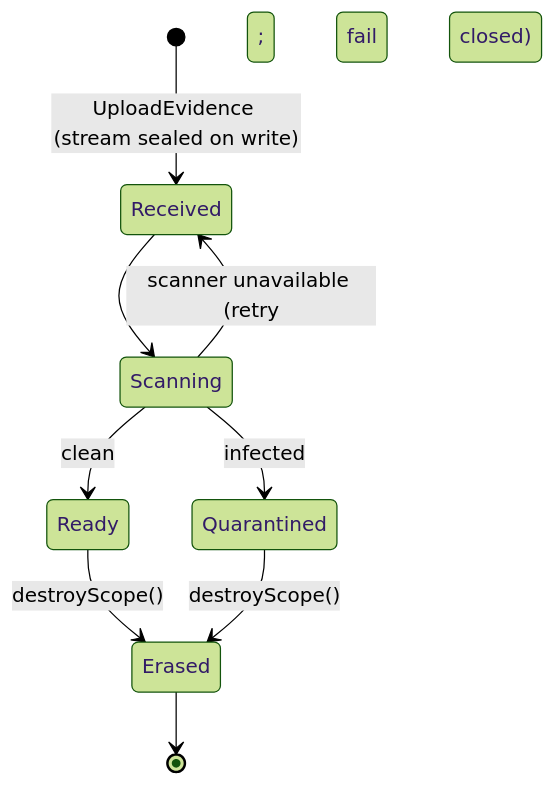
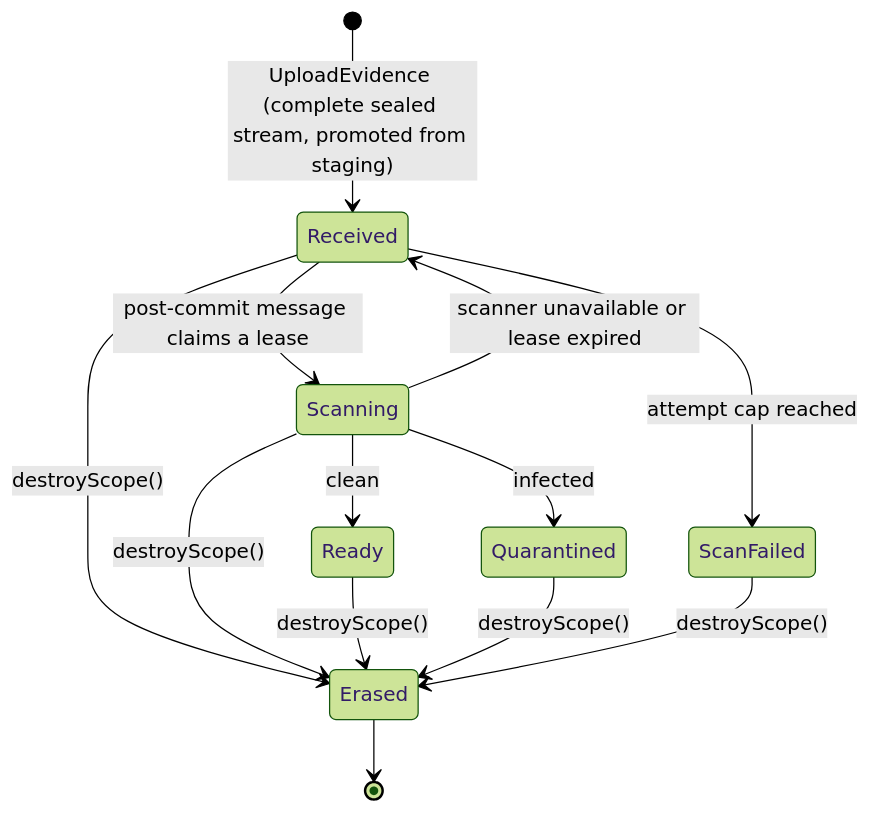
One commit to sergio-salcedo-dev/ERPify changed the diagram in _bmad-output/specs/spec-documents-context/evidence-lifecycle.md. Above: the diagram before and after it, drawn with Mermaid (forest theme). The commit also changed other lines of this file and 3 other files, not shown here.

````diff
--- a/_bmad-output/specs/spec-documents-context/evidence-lifecycle.md
+++ b/_bmad-output/specs/spec-documents-context/evidence-lifecycle.md
@@ -5,11 +5,15 @@
 ```mermaid
 stateDiagram-v2
-    [*] --> Received: UploadEvidence (stream sealed on write)
-    Received --> Scanning
+    [*] --> Received: UploadEvidence (complete sealed stream, promoted from staging)
+    Received --> Scanning: post-commit message claims a lease
     Scanning --> Ready: clean
     Scanning --> Quarantined: infected
-    Scanning --> Received: scanner unavailable (retry; fail closed)
+    Scanning --> Received: scanner unavailable or lease expired
+    Received --> ScanFailed: attempt cap reached
+    Received --> Erased: destroyScope()
+    Scanning --> Erased: destroyScope()
     Ready --> Erased: destroyScope()
     Quarantined --> Erased: destroyScope()
+    ScanFailed --> Erased: destroyScope()
     Erased --> [*]
 ```
````
